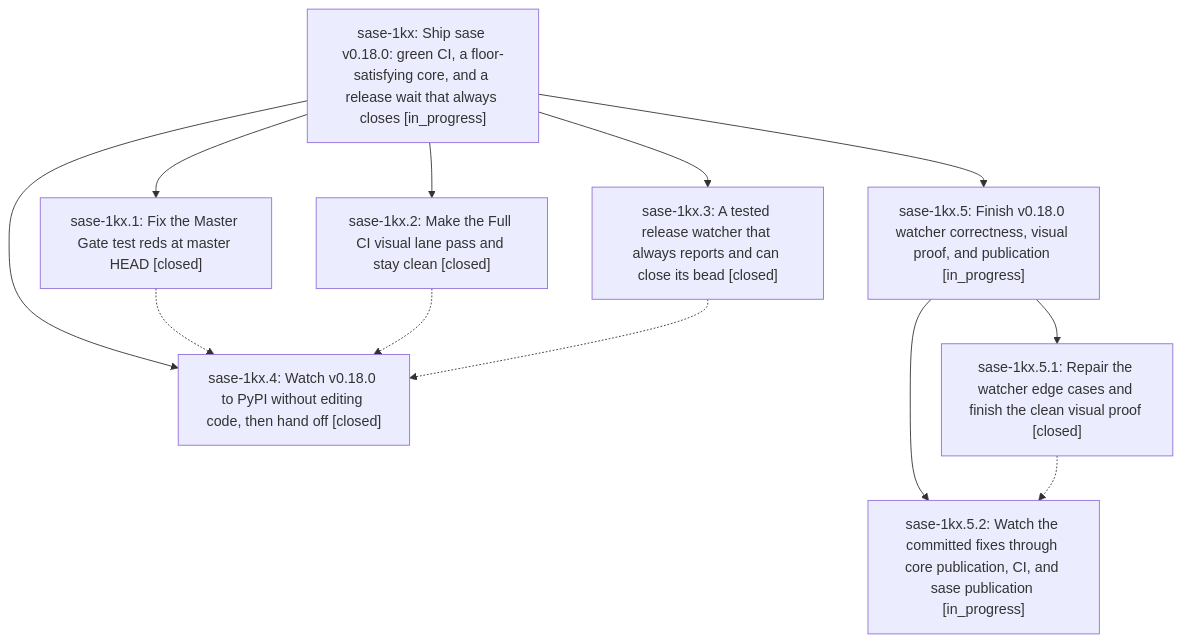
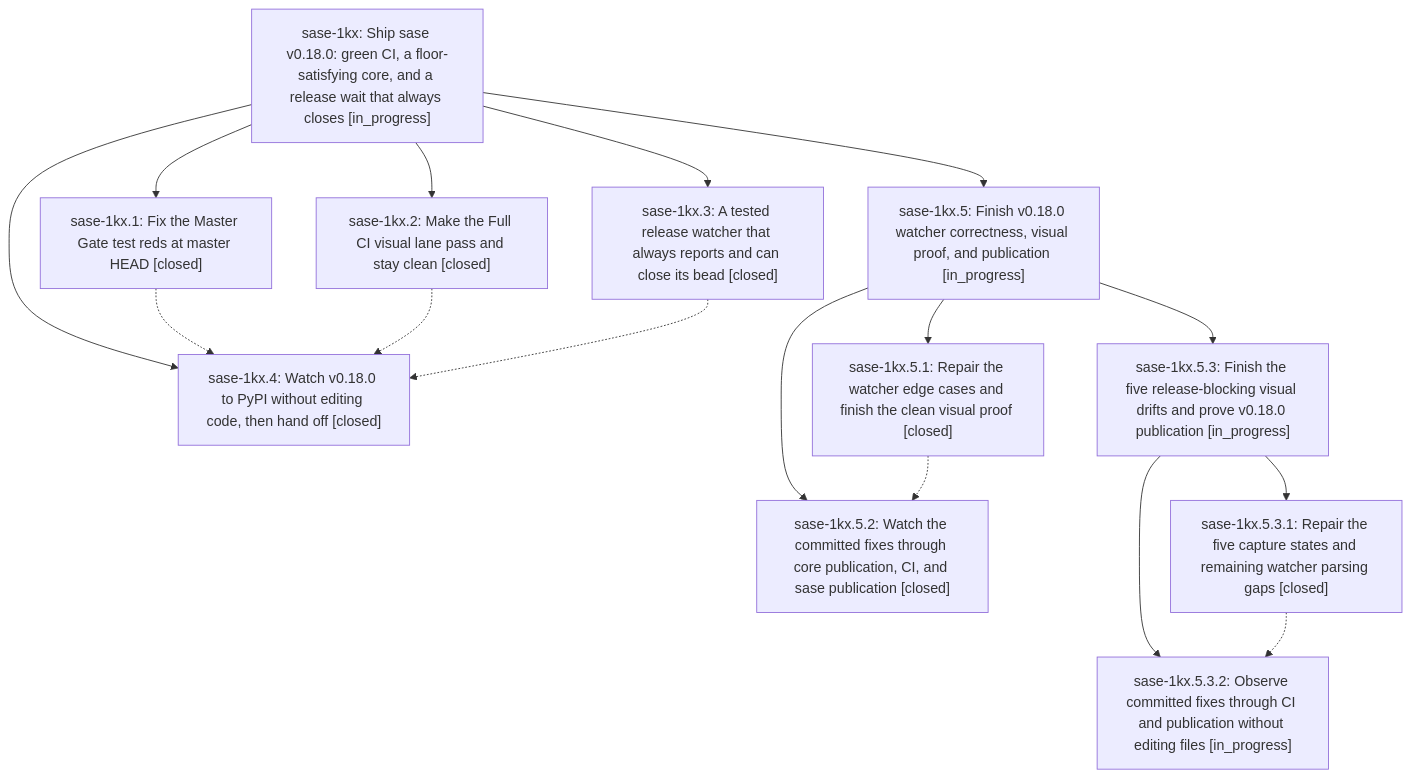
Before and after one commit to sase-org/sase--beads: the diagram in pages/sase-1kx/README.md, drawn with Mermaid. The commit also changed other lines of this file and 6 other files, not shown here.

````diff
--- a/pages/sase-1kx/README.md
+++ b/pages/sase-1kx/README.md
@@ -85,22 +87,29 @@
 ```mermaid
 flowchart TD
     n0["sase-1kx: Ship sase v0.18.0: green CI, a floor-satisfying core, and a release wait that always closes [in_progress]"]
     n1["sase-1kx.1: Fix the Master Gate test reds at master HEAD [closed]"]
     n2["sase-1kx.2: Make the Full CI visual lane pass and stay clean [closed]"]
     n3["sase-1kx.3: A tested release watcher that always reports and can close its bead [closed]"]
     n4["sase-1kx.4: Watch v0.18.0 to PyPI without editing code, then hand off [closed]"]
     n5["sase-1kx.5: Finish v0.18.0 watcher correctness, visual proof, and publication [in_progress]"]
     n6["sase-1kx.5.1: Repair the watcher edge cases and finish the clean visual proof [closed]"]
-    n7["sase-1kx.5.2: Watch the committed fixes through core publication, CI, and sase publication [in_progress]"]
+    n7["sase-1kx.5.2: Watch the committed fixes through core publication, CI, and sase publication [closed]"]
+    n8["sase-1kx.5.3: Finish the five release-blocking visual drifts and prove v0.18.0 publication [in_progress]"]
+    n9["sase-1kx.5.3.1: Repair the five capture states and remaining watcher parsing gaps [closed]"]
+    n10["sase-1kx.5.3.2: Observe committed fixes through CI and publication without editing files [in_progress]"]
     n0 --> n1
     n0 --> n2
     n0 --> n3
     n0 --> n4
     n0 --> n5
     n5 --> n6
     n5 --> n7
+    n5 --> n8
+    n8 --> n9
+    n8 --> n10
     n1 -.-> n4
     n2 -.-> n4
     n3 -.-> n4
     n6 -.-> n7
+    n9 -.-> n10
 ```
````
